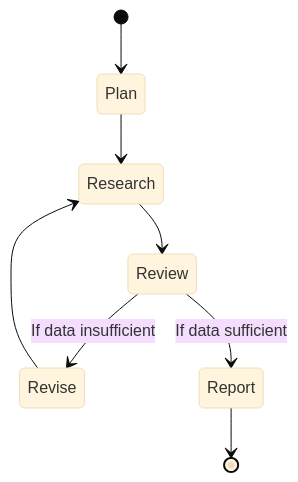
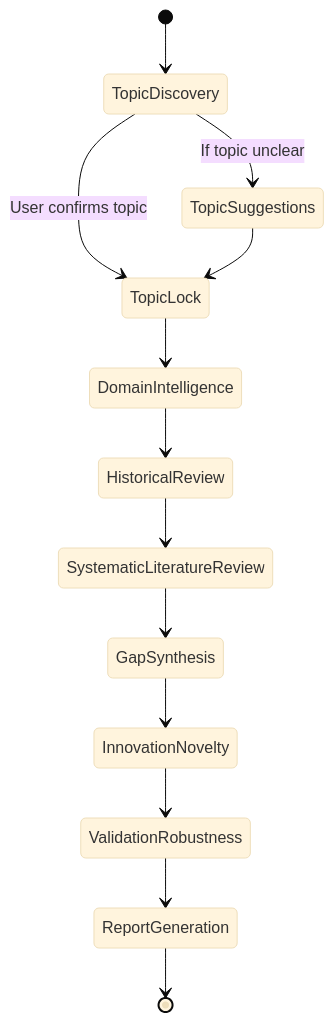
The diagram in docs/architecture.md (OMCHOKSI108/Multiagent-LangGraph-Orchestrated-LLM-Research-Automation-Platform), drawn with Mermaid (base theme) before and after one commit. The commit also changed other lines of this file and 55 other files, not shown here.

````diff
--- a/docs/architecture.md
+++ b/docs/architecture.md
@@ -52,10 +97,16 @@
 ```mermaid
 stateDiagram-v2
-    [*] --> Plan
-    Plan --> Research
-    Research --> Review
-    Review --> Revise: If data insufficient
-    Revise --> Research
-    Review --> Report: If data sufficient
-    Report --> [*]
+    [*] --> TopicDiscovery
+    TopicDiscovery --> TopicLock: User confirms topic
+    TopicLock --> DomainIntelligence
+    DomainIntelligence --> HistoricalReview
+    HistoricalReview --> SystematicLiteratureReview
+    SystematicLiteratureReview --> GapSynthesis
+    GapSynthesis --> InnovationNovelty
+    InnovationNovelty --> ValidationRobustness
+    ValidationRobustness --> ReportGeneration
+    ReportGeneration --> [*]
+    
+    TopicDiscovery --> TopicSuggestions: If topic unclear
+    TopicSuggestions --> TopicLock
 ```
````
